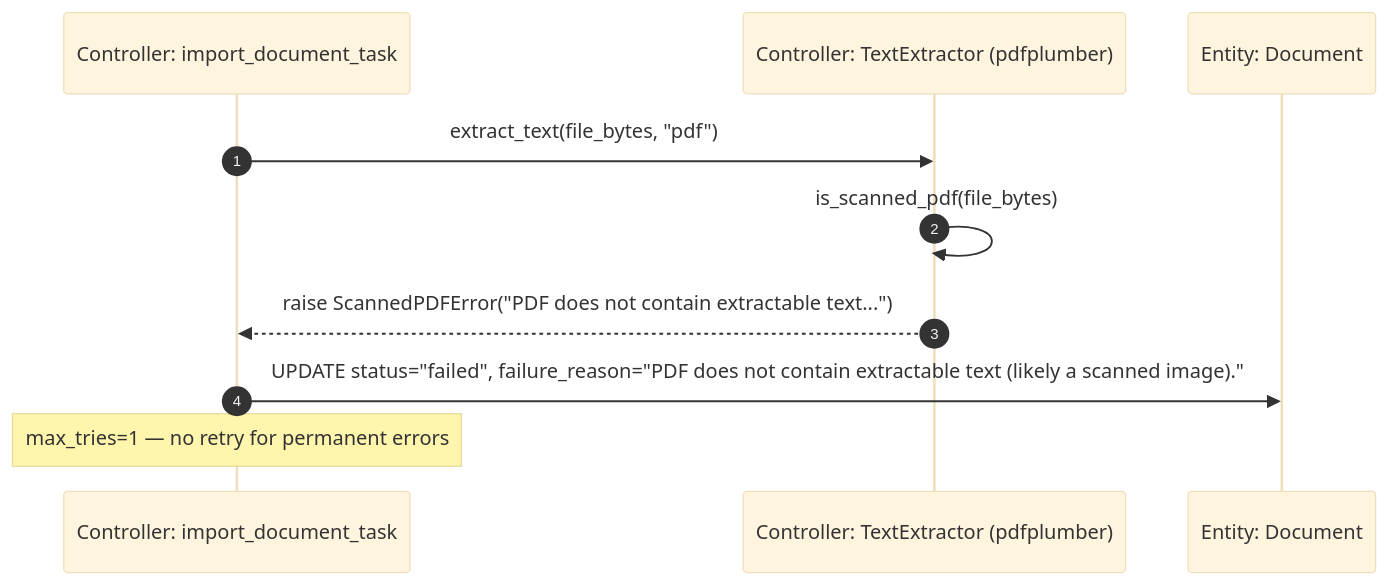
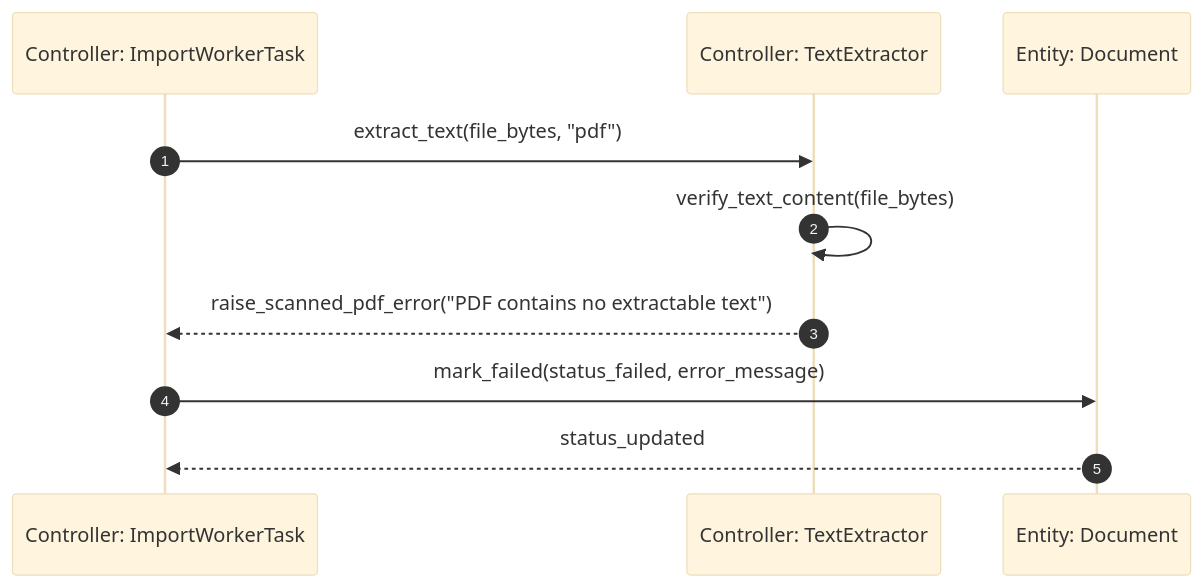
One commit to Gzaa19/Telaah changed the eighth of 10 diagrams in specs/002-drive-document-import/plan.md. Above: the diagram before and after it, drawn with Mermaid (base theme). The commit also changed other lines of this file and 17 other files, not shown here.

````diff
--- a/specs/002-drive-document-import/plan.md
+++ b/specs/002-drive-document-import/plan.md
@@ -283,13 +424,13 @@
 ```mermaid
 sequenceDiagram
     autonumber
-    participant Worker as Controller: import_document_task
-    participant Extractor as Controller: TextExtractor (pdfplumber)
-    participant DocRepo as Entity: Document
+    participant Worker as Controller: ImportWorkerTask
+    participant Extractor as Controller: TextExtractor
+    participant Document as Entity: Document
 
     Worker->>Extractor: extract_text(file_bytes, "pdf")
-    Extractor->>Extractor: is_scanned_pdf(file_bytes)
-    Extractor-->>Worker: raise ScannedPDFError("PDF does not contain extractable text...")
-    Worker->>DocRepo: UPDATE status="failed", failure_reason="PDF does not contain extractable text (likely a scanned image)."
-    Note over Worker: max_tries=1 — no retry for permanent errors
+    Extractor->>Extractor: verify_text_content(file_bytes)
+    Extractor-->>Worker: raise_scanned_pdf_error("PDF contains no extractable text")
+    Worker->>Document: mark_failed(status_failed, error_message)
+    Document-->>Worker: status_updated
 ```
````
